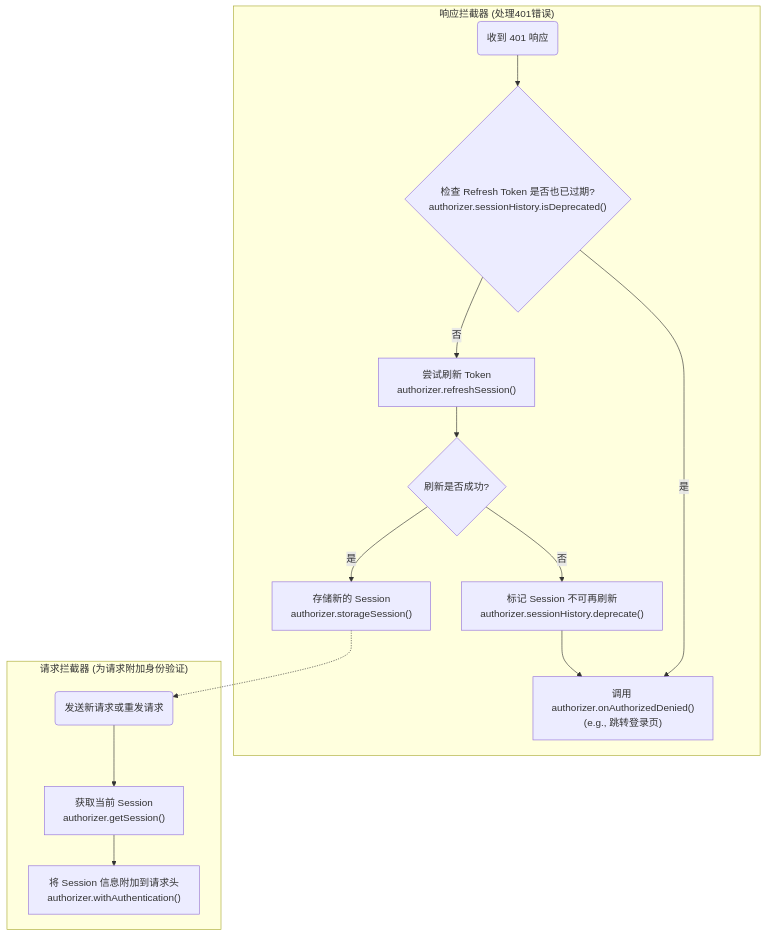
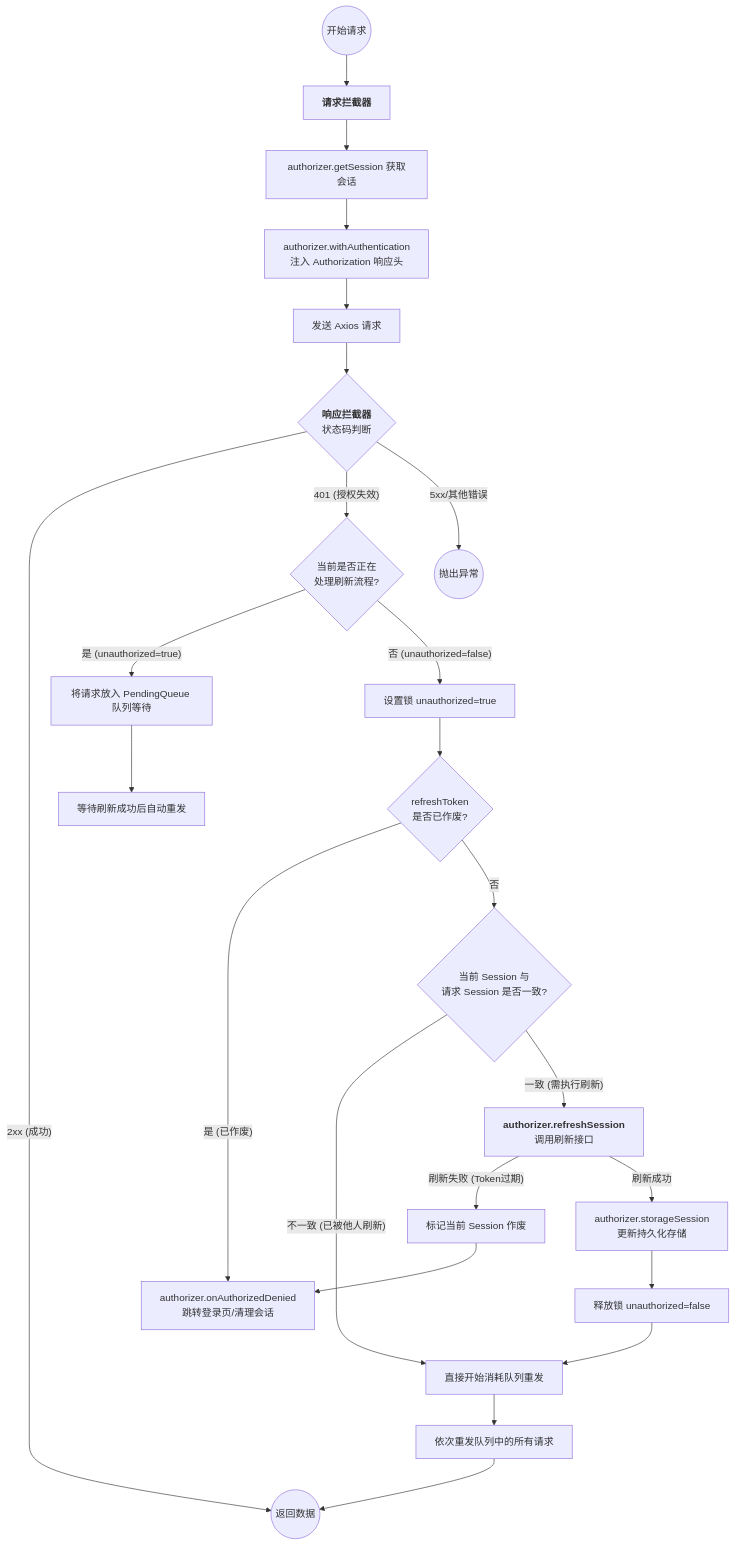
Before and after one commit to sitorhy/axios-annotations: the diagram in README.md, drawn with Mermaid. The commit also changed other lines of this file and 38 other files, not shown here.

````diff
--- a/README.md
+++ b/README.md
@@ -430,19 +819,44 @@
 ```mermaid
 graph TD
-    subgraph "响应拦截器 (处理401错误)"
-        A("收到 401 响应") --> B{"检查 Refresh Token 是否也已过期?<br/>authorizer.sessionHistory.isDeprecated()"};
-        B -- "是" --> C["调用 authorizer.onAuthorizedDenied()<br/>(e.g., 跳转登录页)"];
-        B -- "否" --> D["尝试刷新 Token<br/>authorizer.refreshSession()"];
-        D --> E{"刷新是否成功?"};
-        E -- "否" --> F["标记 Session 不可再刷新<br/>authorizer.sessionHistory.deprecate()"];
-        F --> C;
-        E -- "是" --> G["存储新的 Session<br/>authorizer.storageSession()"];
-    end
+    %% 请求拦截器部分
+    Start((开始请求)) --> ReqInterceptor[<b>请求拦截器</b>]
+    ReqInterceptor --> GetSession[authorizer.getSession 获取会话]
+    GetSession --> InjectHeader[authorizer.withAuthentication<br/>注入 Authorization 响应头]
+    InjectHeader --> SendRequest[发送 Axios 请求]
 
-    subgraph "请求拦截器 (为请求附加身份验证)"
-        H("发送新请求或重发请求") --> I["获取当前 Session<br/>authorizer.getSession()"];
-        I --> J["将 Session 信息附加到请求头<br/>authorizer.withAuthentication()"];
-    end
+    %% 响应拦截器部分
+    SendRequest --> RespInterceptor{<b>响应拦截器</b><br/>状态码判断}
+    RespInterceptor -- "2xx (成功)" --> Success((返回数据))
+    
+    RespInterceptor -- "401 (授权失效)" --> CheckUnauthorized{当前是否正在<br/>处理刷新流程?}
+    
+    %% 队列逻辑
+    CheckUnauthorized -- "是 (unauthorized=true)" --> QueueRequest[将请求放入 PendingQueue 队列等待]
+    QueueRequest --> WaitRefresh[等待刷新成功后自动重发]
+    
+    %% 核心刷新逻辑
+    CheckUnauthorized -- "否 (unauthorized=false)" --> SetLock[设置锁 unauthorized=true]
+    SetLock --> CheckHistory{refreshToken<br/>是否已作废?}
+    
+    CheckHistory -- "是 (已作废)" --> Denied[authorizer.onAuthorizedDenied<br/>跳转登录页/清理会话]
+    
+    CheckHistory -- "否" --> CheckSessionMatch{当前 Session 与<br/>请求 Session 是否一致?}
+    
+    %% 避免重复刷新
+    CheckSessionMatch -- "不一致 (已被他人刷新)" --> PopQueue[直接开始消耗队列重发]
+    
+    CheckSessionMatch -- "一致 (需执行刷新)" --> RefreshAction[<b>authorizer.refreshSession</b><br/>调用刷新接口]
+    
+    RefreshAction -- "刷新失败 (Token过期)" --> Deprecate[标记当前 Session 作废]
+    Deprecate --> Denied
+    
+    RefreshAction -- "刷新成功" --> UpdateSession[authorizer.storageSession<br/>更新持久化存储]
+    UpdateSession --> ReleaseLock[释放锁 unauthorized=false]
+    ReleaseLock --> PopQueue
+    
+    PopQueue --> ResendAll[依次重发队列中的所有请求]
+    ResendAll --> Success
 
-    G -.-> H;
+    %% 其他错误
+    RespInterceptor -- "5xx/其他错误" --> Error((抛出异常))
 ```
````
